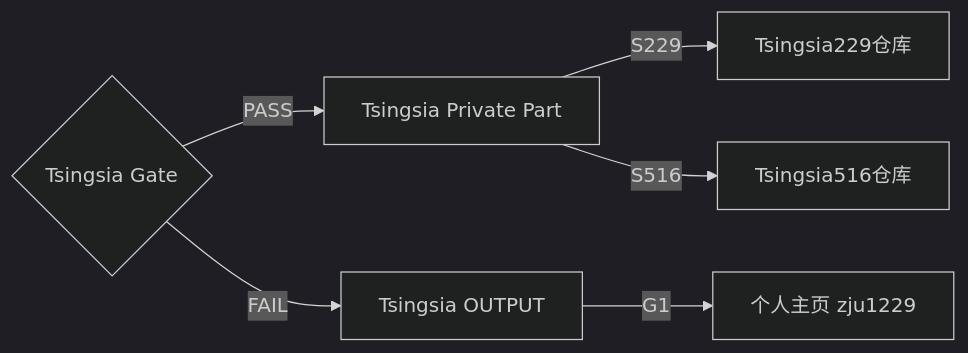
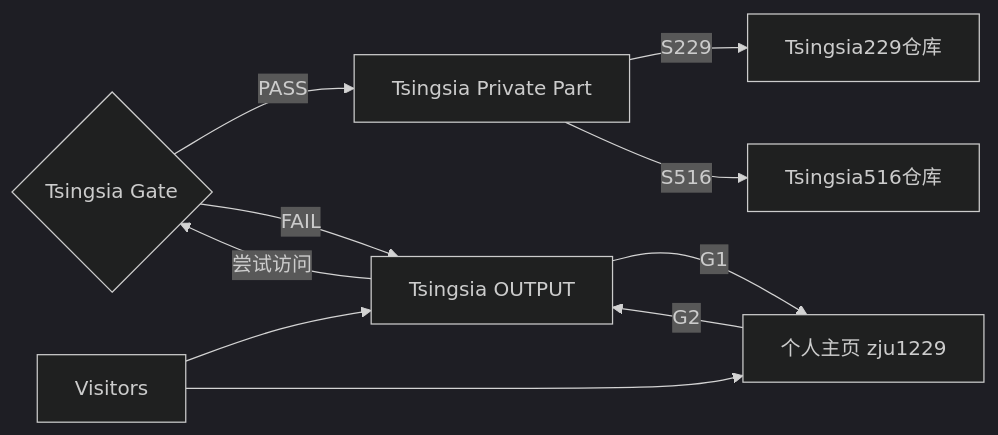
Before and after one commit to zju1229/Tsingsia229_OUTPUT: the diagram in README.md, drawn with Mermaid (dark theme).

````diff
--- a/README.md
+++ b/README.md
@@ -6,8 +6,12 @@
 ```mermaid
 graph LR
   A[Tsingsia Private Part] -->|S229| B[Tsingsia229仓库]
   A -->|S516| C[Tsingsia516仓库]
   D{Tsingsia Gate} -->|PASS| A
   D -->|FAIL| E[Tsingsia OUTPUT]
+  E -->|尝试访问| D
   E -->|G1| F[个人主页 zju1229]
+  F -->|G2| E
+  G[Visitors] --> E
+  G --> F
 ```
````
